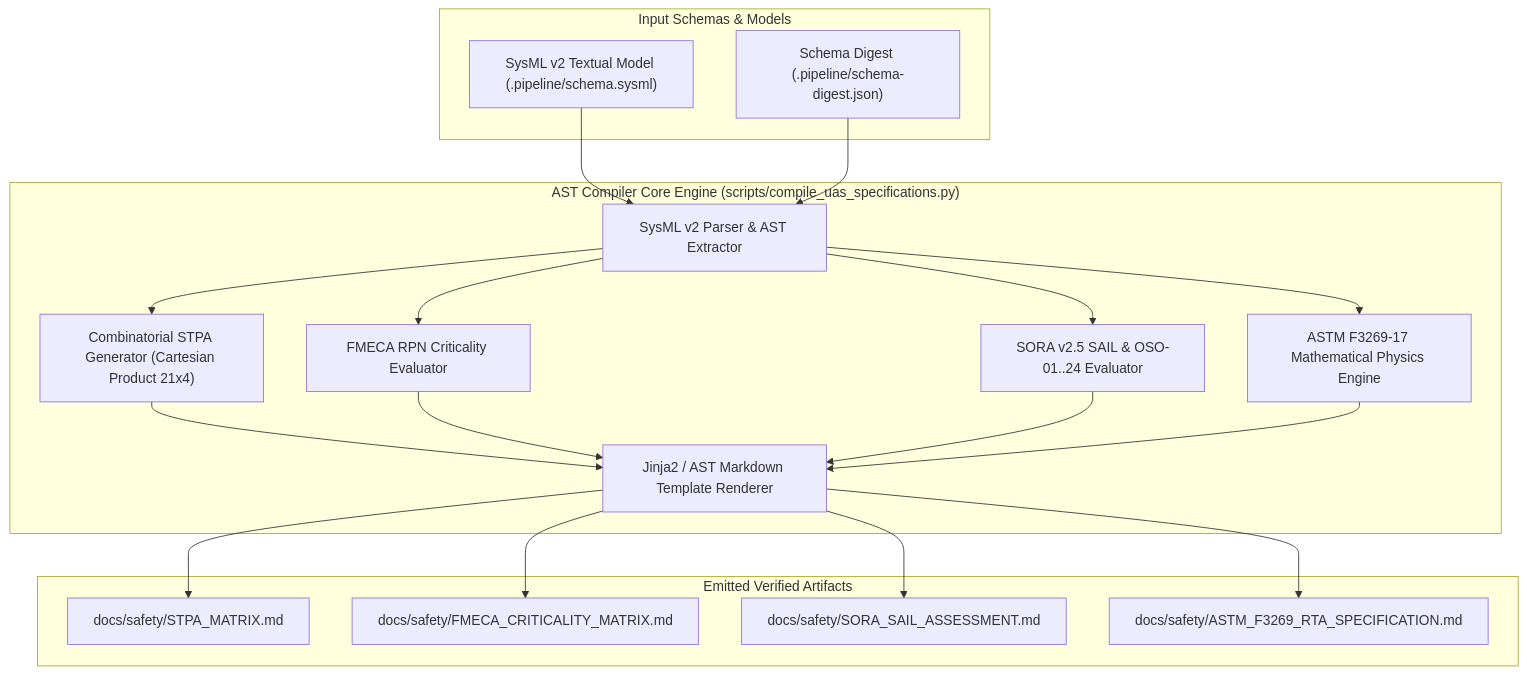
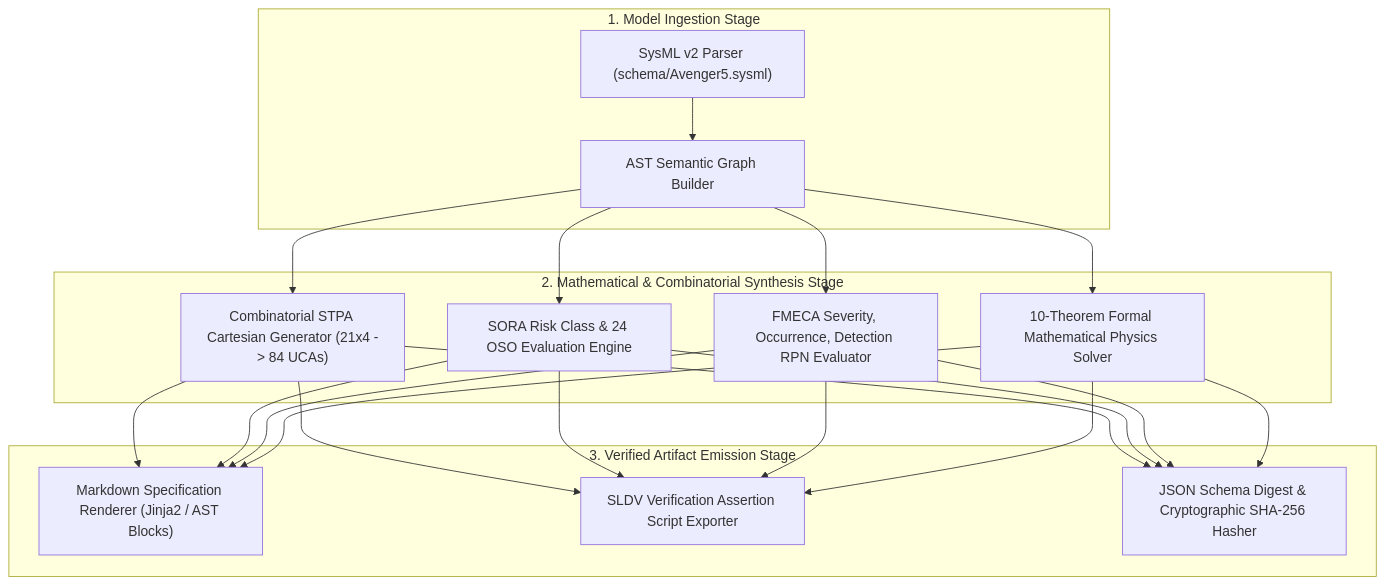
The tenth of 11 diagrams in docs/architecture/blueprints/DEAP_DETERMINISTIC_SAFETY_SPECIFICATION_COMPILER_BLUEPRINT.md (gintatkinson/DEAP01-spec-core), drawn with Mermaid before and after one commit. The commit also changed other lines of this file, not shown here.

Commit message:
docs(architecture): expand master blueprint with 10-theorem proof suite and 200-UCA taxonomy (DEAP-BLUEPRINT-SAFETY-004)

````diff
--- a/docs/architecture/blueprints/DEAP_DETERMINISTIC_SAFETY_SPECIFICATION_COMPILER_BLUEPRINT.md
+++ b/docs/architecture/blueprints/DEAP_DETERMINISTIC_SAFETY_SPECIFICATION_COMPILER_BLUEPRINT.md
@@ -683,32 +1353,22 @@
 ```mermaid
 flowchart TD
-    subgraph "Input Schemas & Models"
-        Schema["SysML v2 Textual Model (.pipeline/schema.sysml)"]
-        Digest["Schema Digest (.pipeline/schema-digest.json)"]
+    subgraph Ingestion["1. Model Ingestion Stage"]
+        A1["SysML v2 Parser (schema/Avenger5.sysml)"] --> A2["AST Semantic Graph Builder"]
     end
 
-    subgraph "AST Compiler Core Engine (scripts/compile_uas_specifications.py)"
-        Lexer["SysML v2 Parser & AST Extractor"]
-        STPA_Gen["Combinatorial STPA Generator (Cartesian Product 21x4)"]
-        FMECA_Calc["FMECA RPN Criticality Evaluator"]
-        SORA_Engine["SORA v2.5 SAIL & OSO-01..24 Evaluator"]
-        Physics_Calc["ASTM F3269-17 Mathematical Physics Engine"]
-        Template_Render["Jinja2 / AST Markdown Template Renderer"]
+    subgraph Evaluation["2. Mathematical & Combinatorial Synthesis Stage"]
+        B1["Combinatorial STPA Cartesian Generator (21x4 -> 84 UCAs)"]
+        B2["SORA Risk Class & 24 OSO Evaluation Engine"]
+        B3["FMECA Severity, Occurrence, Detection RPN Evaluator"]
+        B4["10-Theorem Formal Mathematical Physics Solver"]
     end
 
-    subgraph "Emitted Verified Artifacts"
-        STPA_Matrix["docs/safety/STPA_MATRIX.md"]
-        FMECA_Matrix["docs/safety/FMECA_CRITICALITY_MATRIX.md"]
-        SORA_Spec["docs/safety/SORA_SAIL_ASSESSMENT.md"]
-        RTA_Spec["docs/safety/ASTM_F3269_RTA_SPECIFICATION.md"]
+    subgraph Emission["3. Verified Artifact Emission Stage"]
+        C1["Markdown Specification Renderer (Jinja2 / AST Blocks)"]
+        C2["SLDV Verification Assertion Script Exporter"]
+        C3["JSON Schema Digest & Cryptographic SHA-256 Hasher"]
     end
 
-    Schema --> Lexer
-    Digest --> Lexer
-    Lexer --> STPA_Gen
-    Lexer --> FMECA_Calc
-    Lexer --> SORA_Engine
-    Lexer --> Physics_Calc
-    STPA_Gen & FMECA_Calc & SORA_Engine & Physics_Calc --> Template_Render
-    Template_Render --> STPA_Matrix & FMECA_Matrix & SORA_Spec & RTA_Spec
+    A2 --> B1 & B2 & B3 & B4
+    B1 & B2 & B3 & B4 --> C1 & C2 & C3
 ```
````
